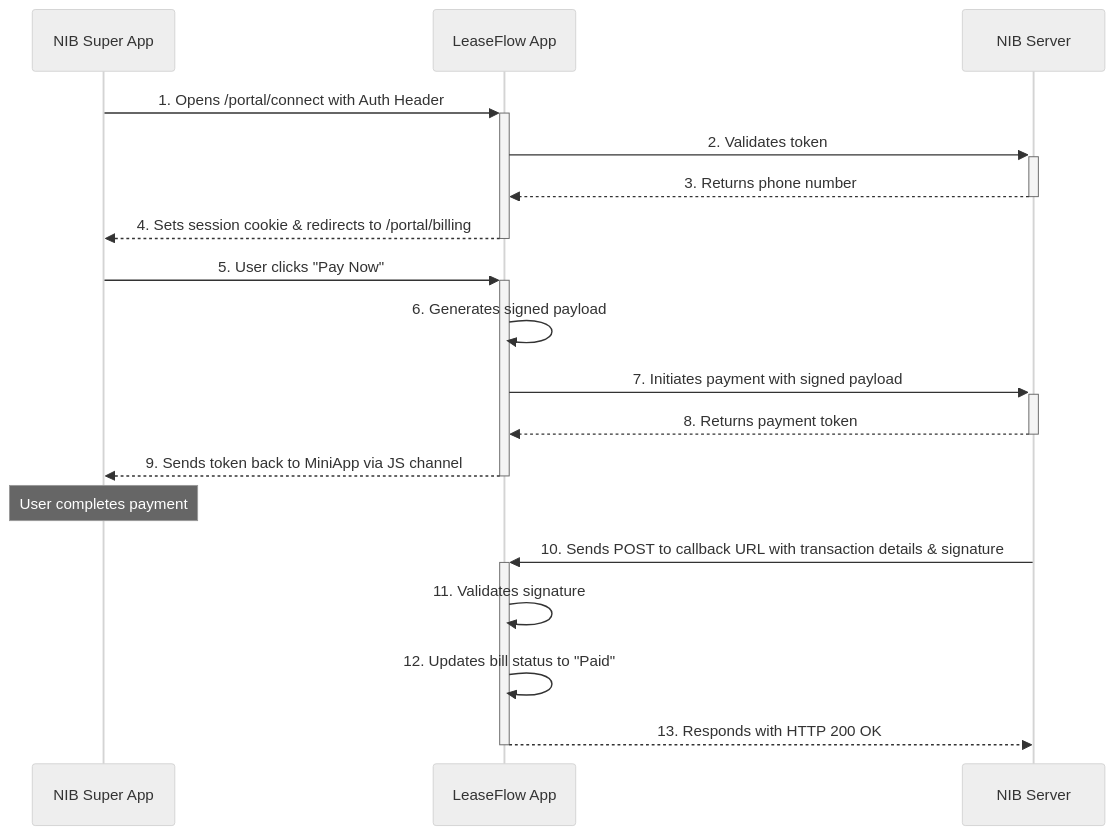
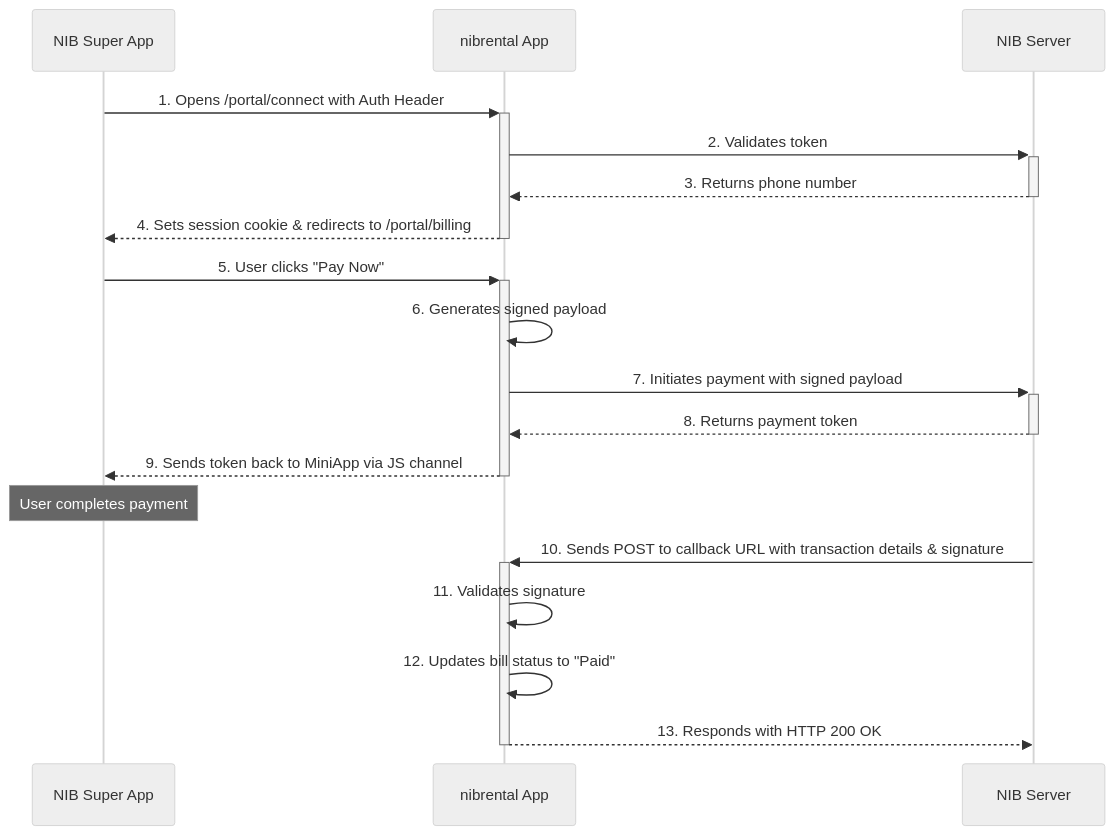
One commit to gech71/leaseFlow changed the diagram in README.md. Above: the diagram before and after it, drawn with Mermaid (neutral theme). The commit also changed other lines of this file and 19 other files, not shown here.

Commit message:
rename the template name lease flow to nibrental also in every file rena

````diff
--- a/README.md
+++ b/README.md
@@ -153,21 +153,21 @@
 ```mermaid
 sequenceDiagram
     participant MiniApp as NIB Super App
-    participant LeaseFlow as LeaseFlow App
+    participant App as nibrental App
     participant NIB as NIB Server
 
-    MiniApp->>+LeaseFlow: 1. Opens /portal/connect with Auth Header
-    LeaseFlow->>+NIB: 2. Validates token
-    NIB-->>-LeaseFlow: 3. Returns phone number
-    LeaseFlow-->>-MiniApp: 4. Sets session cookie & redirects to /portal/billing
-    MiniApp->>+LeaseFlow: 5. User clicks "Pay Now"
-    LeaseFlow->>LeaseFlow: 6. Generates signed payload
-    LeaseFlow->>+NIB: 7. Initiates payment with signed payload
-    NIB-->>-LeaseFlow: 8. Returns payment token
-    LeaseFlow-->>-MiniApp: 9. Sends token back to MiniApp via JS channel
+    MiniApp->>+App: 1. Opens /portal/connect with Auth Header
+    App->>+NIB: 2. Validates token
+    NIB-->>-App: 3. Returns phone number
+    App-->>-MiniApp: 4. Sets session cookie & redirects to /portal/billing
+    MiniApp->>+App: 5. User clicks "Pay Now"
+    App->>App: 6. Generates signed payload
+    App->>+NIB: 7. Initiates payment with signed payload
+    NIB-->>-App: 8. Returns payment token
+    App-->>-MiniApp: 9. Sends token back to MiniApp via JS channel
     Note over MiniApp: User completes payment
-    NIB->>+LeaseFlow: 10. Sends POST to callback URL with transaction details & signature
-    LeaseFlow->>LeaseFlow: 11. Validates signature
-    LeaseFlow->>LeaseFlow: 12. Updates bill status to "Paid"
-    LeaseFlow-->>-NIB: 13. Responds with HTTP 200 OK
+    NIB->>+App: 10. Sends POST to callback URL with transaction details & signature
+    App->>App: 11. Validates signature
+    App->>App: 12. Updates bill status to "Paid"
+    App-->>-NIB: 13. Responds with HTTP 200 OK
 ```
````
